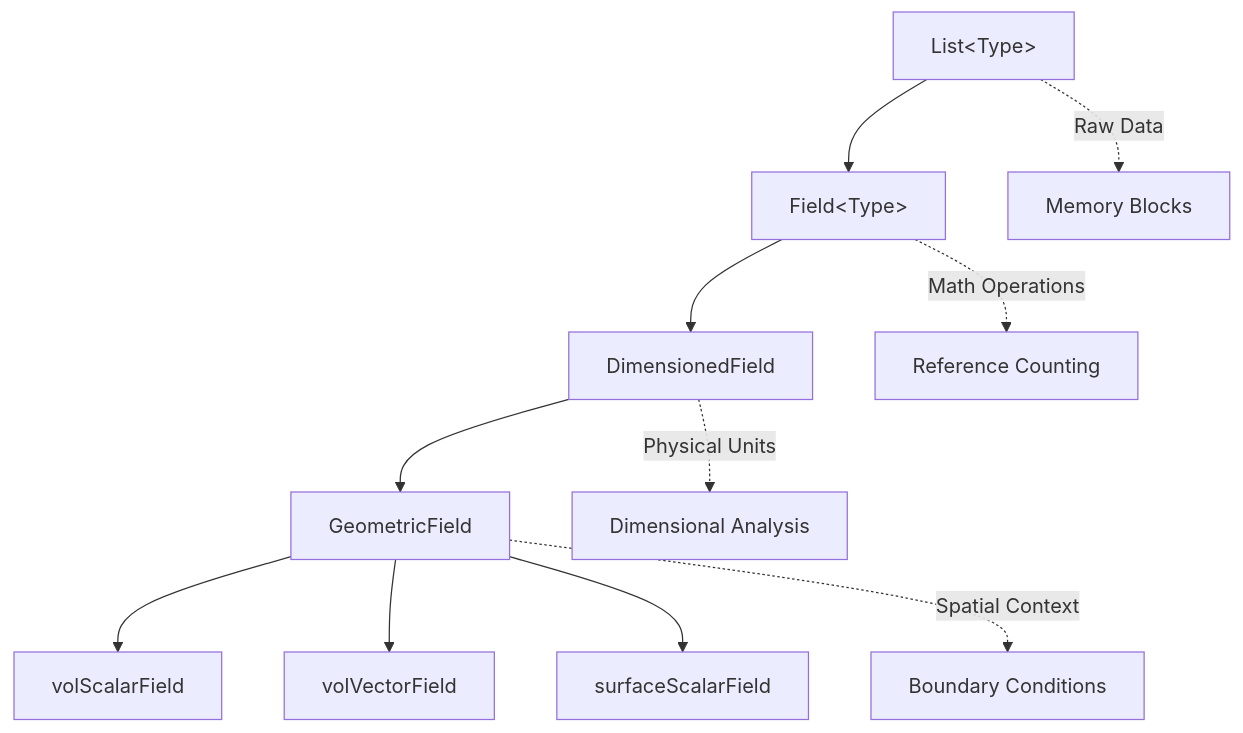
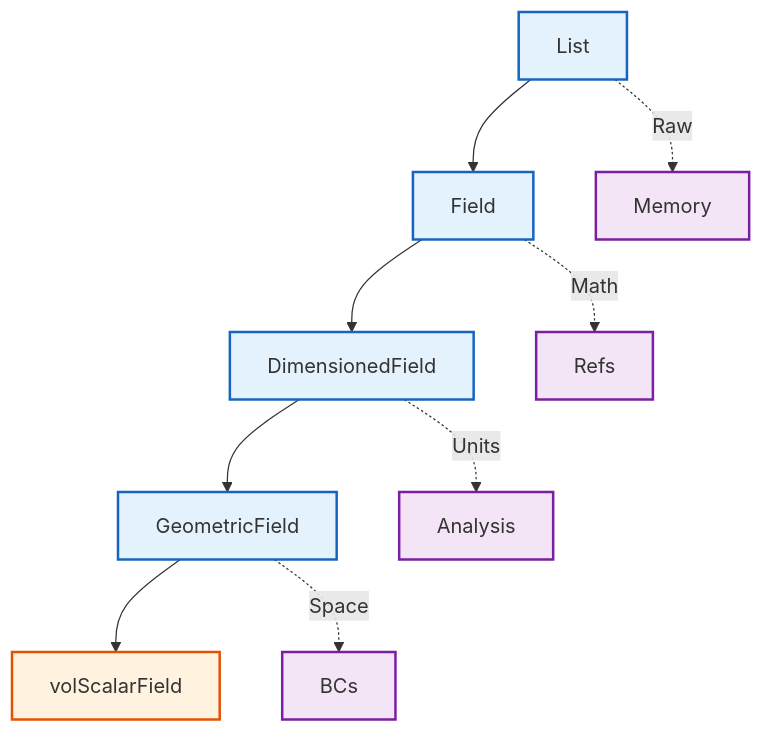
Before and after one commit to wramet/build-my-cfd: the second of 3 diagrams in MODULE_05_OPENFOAM_PROGRAMMING/CONTENT/05_FIELDS_GEOMETRICFIELDS/01_Introduction.md, drawn with Mermaid. The commit also changed other lines of this file and 313 other files, not shown here.

Commit message:
Revise all diagram

````diff
--- a/MODULE_05_OPENFOAM_PROGRAMMING/CONTENT/05_FIELDS_GEOMETRICFIELDS/01_Introduction.md
+++ b/MODULE_05_OPENFOAM_PROGRAMMING/CONTENT/05_FIELDS_GEOMETRICFIELDS/01_Introduction.md
@@ -136,14 +137,17 @@
 ```mermaid
 flowchart TD
-    A[List&lt;Type&gt;] --> B[Field&lt;Type&gt;]
-    B --> C[DimensionedField]
-    C --> D[GeometricField]
-    D --> E1[volScalarField]
-    D --> E2[volVectorField]
-    D --> E3[surfaceScalarField]
+%% Classes
+classDef explicit fill:#fff3e0,stroke:#e65100,stroke-width:2px;
+classDef implicit fill:#e3f2fd,stroke:#1565c0,stroke-width:2px;
+classDef context fill:#f3e5f5,stroke:#7b1fa2,stroke-width:2px;
+%% Nodes
+A[List]:::implicit --> B[Field]:::implicit
+B --> C[DimensionedField]:::implicit
+C --> D[GeometricField]:::implicit
+D --> E1[volScalarField]:::explicit
 
-    A -.->|Raw Data| A1[Memory Blocks]
-    B -.->|Math Operations| B1[Reference Counting]
-    C -.->|Physical Units| C1[Dimensional Analysis]
-    D -.->|Spatial Context| D1[Boundary Conditions]
+A -.->|Raw| A1[Memory]:::context
+B -.->|Math| B1[Refs]:::context
+C -.->|Units| C1[Analysis]:::context
+D -.->|Space| D1[BCs]:::context
 ```
````
